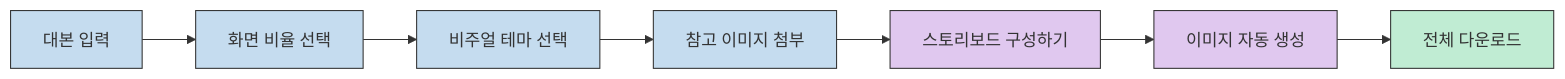
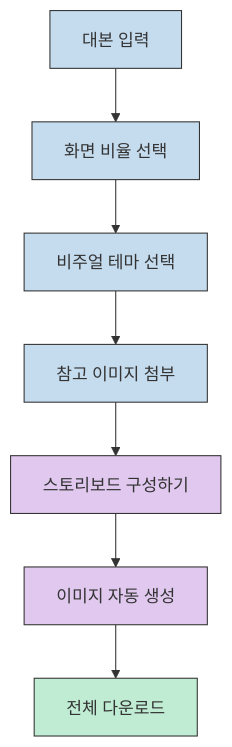
The sixth of 11 diagrams in content/post/2026/2026-03-12-ai-youtube-blueocean-guide.md (gyuha/blog), drawn with Mermaid before and after one commit. The commit also changed 3 other files, not shown here.

````diff
--- a/content/post/2026/2026-03-12-ai-youtube-blueocean-guide.md
+++ b/content/post/2026/2026-03-12-ai-youtube-blueocean-guide.md
@@ -342,17 +342,17 @@
 ```mermaid
-flowchart LR
+flowchart 
     A["대본 입력"] --> B["화면 비율 선택"]
     B --> C["비주얼 테마 선택"]
     C --> D["참고 이미지 첨부"]
     D --> E["스토리보드 구성하기"]
     E --> F["이미지 자동 생성"]
     F --> G["전체 다운로드"]
 
     classDef input fill:#c5dcef,stroke:#333,stroke-width:1px,color:#333
     classDef process fill:#e0c8ef,stroke:#333,stroke-width:1px,color:#333
     classDef output fill:#c0ecd3,stroke:#333,stroke-width:1px,color:#333
 
     class A,B,C,D input
     class E,F process
     class G output
 ```
````
